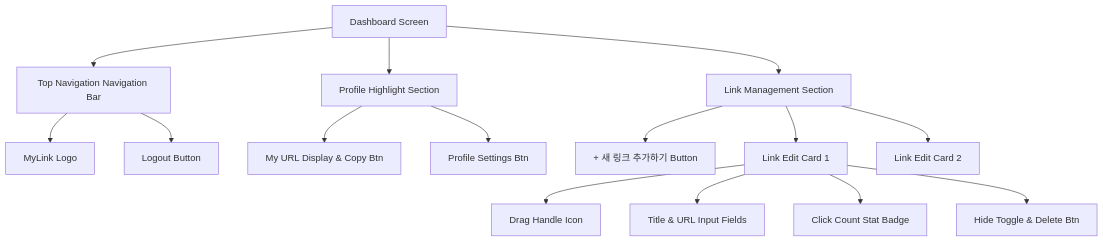
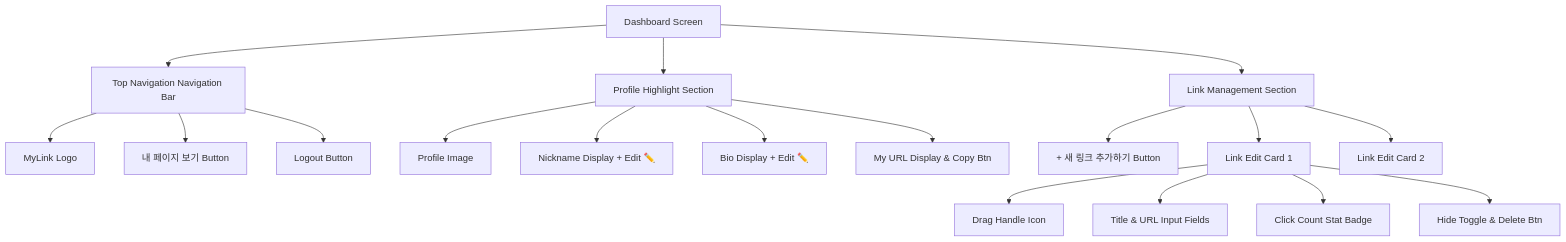
The second of 2 diagrams in docs/WIREFRAME.md (KIM-JU-BIN/my-link), drawn with Mermaid before and after one commit. The commit also changed other lines of this file, not shown here.

````diff
--- a/docs/WIREFRAME.md
+++ b/docs/WIREFRAME.md
@@ -73,21 +73,24 @@
 ```mermaid
 graph TD
     A[Dashboard Screen] --> B[Top Navigation Navigation Bar]
     A --> C[Profile Highlight Section]
     A --> D[Link Management Section]
     
     B --> B1[MyLink Logo]
-    B --> B2[Logout Button]
+    B --> B2[내 페이지 보기 Button]
+    B --> B3[Logout Button]
     
-    C --> C1[My URL Display & Copy Btn]
-    C --> C2[Profile Settings Btn]
+    C --> C0[Profile Image]
+    C --> C1[Nickname Display + Edit ✏️]
+    C --> C2[Bio Display + Edit ✏️]
+    C --> C3[My URL Display & Copy Btn]
     
     D --> D1[ + 새 링크 추가하기 Button ]
     D --> D2[Link Edit Card 1]
     D --> D3[Link Edit Card 2]
     
     D2 --> D4[Drag Handle Icon]
     D2 --> D5[Title & URL Input Fields]
     D2 --> D6[Click Count Stat Badge]
     D2 --> D7[Hide Toggle & Delete Btn]
 ```
````
